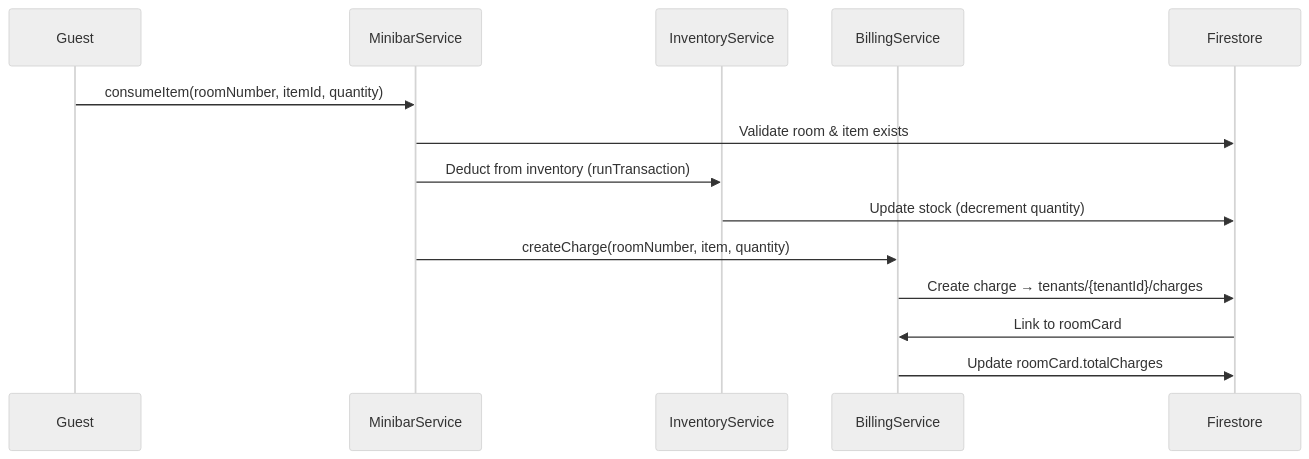
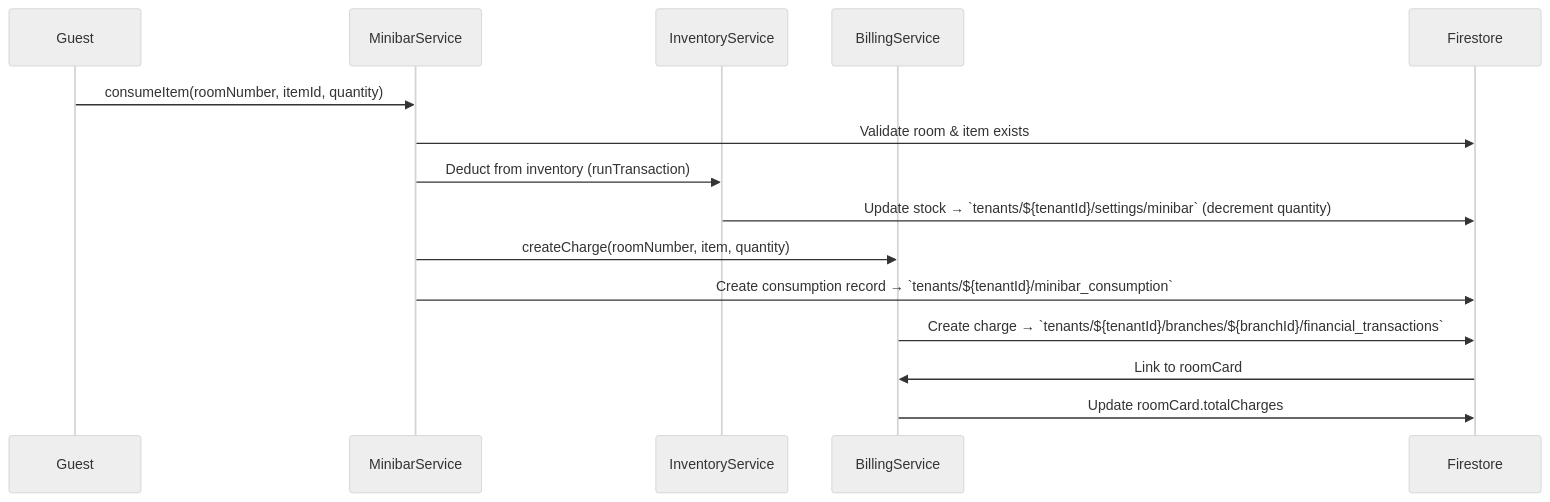
Diagram 16 of 25 in DATA_FLOW_DOCUMENTATION.md (77aayy/Adora-System2026), drawn with Mermaid (neutral theme) before and after one commit. The commit also changed other lines of this file and 15 other files, not shown here.

First line of the commit message:
fix: Critical Security & Data Flow fixes - Clean Dev Comments

````diff
--- a/DATA_FLOW_DOCUMENTATION.md
+++ b/DATA_FLOW_DOCUMENTATION.md
@@ -656,17 +656,18 @@
 ```mermaid
 sequenceDiagram
     participant Guest
     participant MinibarService
     participant InventoryService
     participant BillingService
     participant Firestore
 
     Guest->>MinibarService: consumeItem(roomNumber, itemId, quantity)
     MinibarService->>Firestore: Validate room & item exists
     MinibarService->>InventoryService: Deduct from inventory (runTransaction)
-    InventoryService->>Firestore: Update stock (decrement quantity)
+    InventoryService->>Firestore: Update stock → `tenants/${tenantId}/settings/minibar` (decrement quantity)
     MinibarService->>BillingService: createCharge(roomNumber, item, quantity)
-    BillingService->>Firestore: Create charge → tenants/{tenantId}/charges
+    MinibarService->>Firestore: Create consumption record → `tenants/${tenantId}/minibar_consumption`
+    BillingService->>Firestore: Create charge → `tenants/${tenantId}/branches/${branchId}/financial_transactions`
     Firestore->>BillingService: Link to roomCard
     BillingService->>Firestore: Update roomCard.totalCharges
 ```
````
